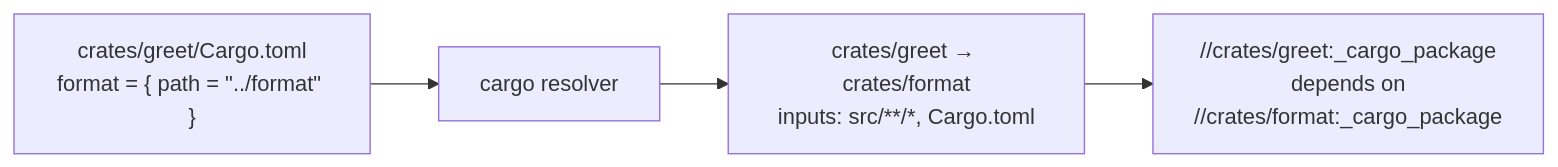
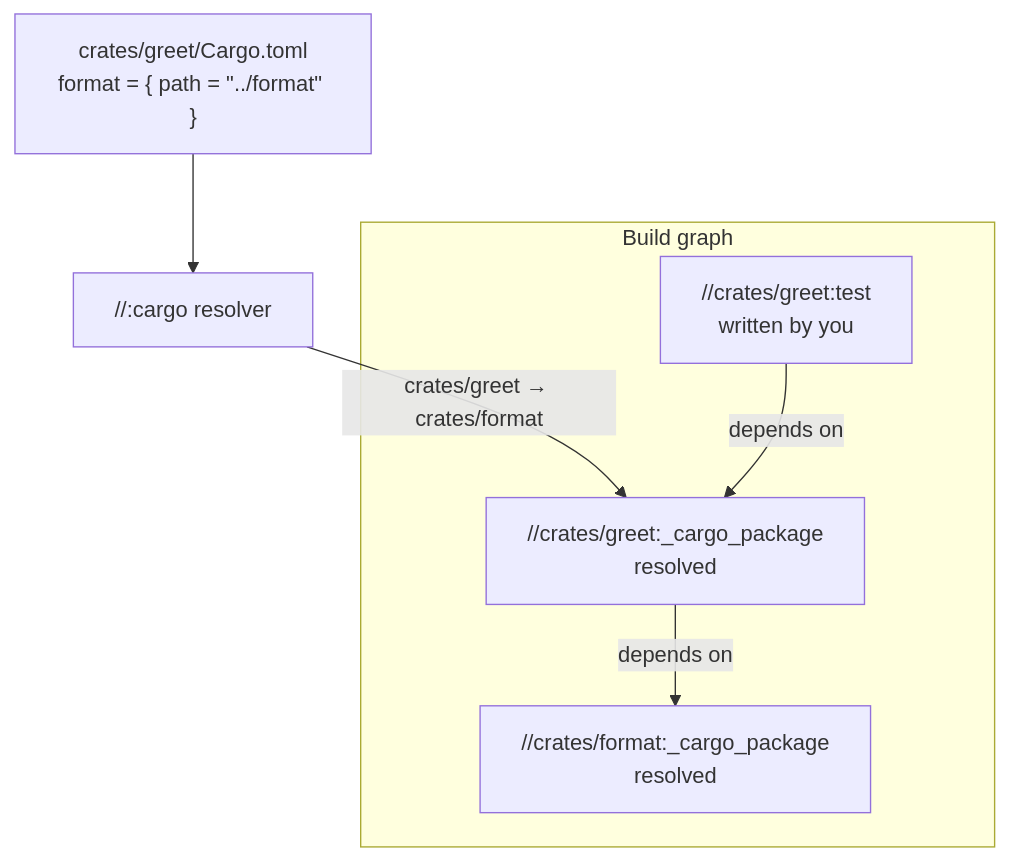
One commit to chrismatix/grog changed the diagram in docs/src/content/docs/topics/dependency-inference.mdx. Above: the diagram before and after it, drawn with Mermaid. The commit also changed other lines of this file and 106 other files, not shown here.

````diff
--- a/docs/src/content/docs/topics/dependency-inference.mdx
+++ b/docs/src/content/docs/topics/dependency-inference.mdx
@@ -147,6 +90,9 @@
 ```mermaid
-flowchart LR
-  M["crates/greet/Cargo.toml<br/>format = { path = &quot;../format&quot; }"] --> P["cargo resolver"]
-  P --> E["crates/greet → crates/format<br/>inputs: src/**/*, Cargo.toml"]
-  E --> G["//crates/greet:_cargo_package<br/>depends on<br/>//crates/format:_cargo_package"]
+flowchart TD
+  M["crates/greet/Cargo.toml<br/>format = { path = &quot;../format&quot; }"] --> R["//:cargo resolver"]
+  R -->|"crates/greet → crates/format"| G
+  subgraph buildGraph["Build graph"]
+    T["//crates/greet:test<br/>written by you"] -->|depends on| G["//crates/greet:_cargo_package<br/>resolved"]
+    G -->|depends on| F["//crates/format:_cargo_package<br/>resolved"]
+  end
 ```
````
